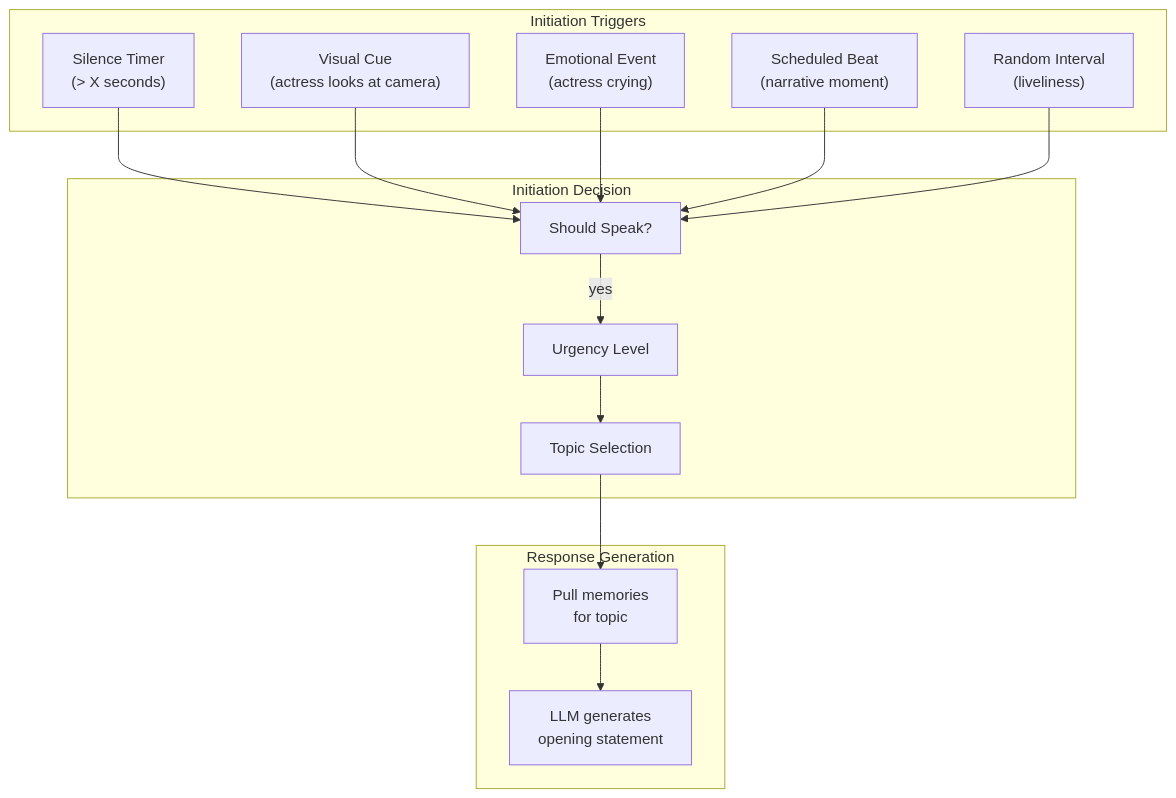
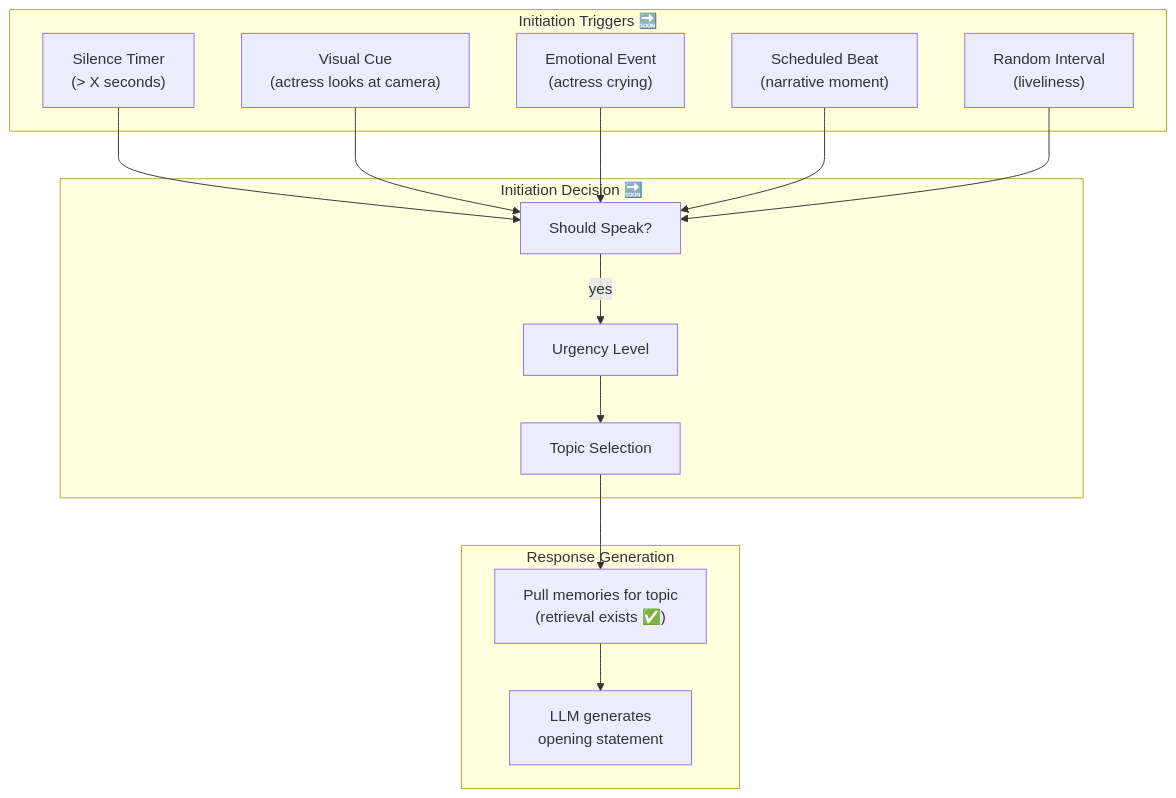
One commit to sgl-a/Indira changed the ninth of 10 diagrams in ARCHITECTURE.md. Above: the diagram before and after it, drawn with Mermaid. The commit also changed other lines of this file and 10 other files, not shown here.

Commit message:
Updated Architecture and Tech Stack. Updated Readme for accurate installation

````diff
--- a/ARCHITECTURE.md
+++ b/ARCHITECTURE.md
@@ -457,32 +555,29 @@
 ```mermaid
 flowchart TB
-    subgraph TRIGGERS ["Initiation Triggers"]
+    subgraph TRIGGERS ["Initiation Triggers 🔜"]
         SILENCE["Silence Timer\n(> X seconds)"]
         VISUAL_CUE["Visual Cue\n(actress looks at camera)"]
         EMOTIONAL["Emotional Event\n(actress crying)"]
         SCHEDULED["Scheduled Beat\n(narrative moment)"]
         RANDOM["Random Interval\n(liveliness)"]
     end
 
-    subgraph DECISION ["Initiation Decision"]
+    subgraph DECISION ["Initiation Decision 🔜"]
         SHOULD["Should Speak?"]
         URGENCY["Urgency Level"]
         TOPIC["Topic Selection"]
     end
 
     subgraph GENERATION ["Response Generation"]
-        MEM_PROMPT["Pull memories\nfor topic"]
+        MEM_PROMPT["Pull memories for topic\n(retrieval exists ✅)"]
         LLM_INIT["LLM generates\nopening statement"]
     end
 
     SILENCE --> SHOULD
     VISUAL_CUE --> SHOULD
     EMOTIONAL --> SHOULD
     SCHEDULED --> SHOULD
     RANDOM --> SHOULD
-    
-    SHOULD -->|"yes"| URGENCY
-    URGENCY --> TOPIC
-    TOPIC --> MEM_PROMPT
-    MEM_PROMPT --> LLM_INIT
+
+    SHOULD -->|"yes"| URGENCY --> TOPIC --> MEM_PROMPT --> LLM_INIT
 ```
````
